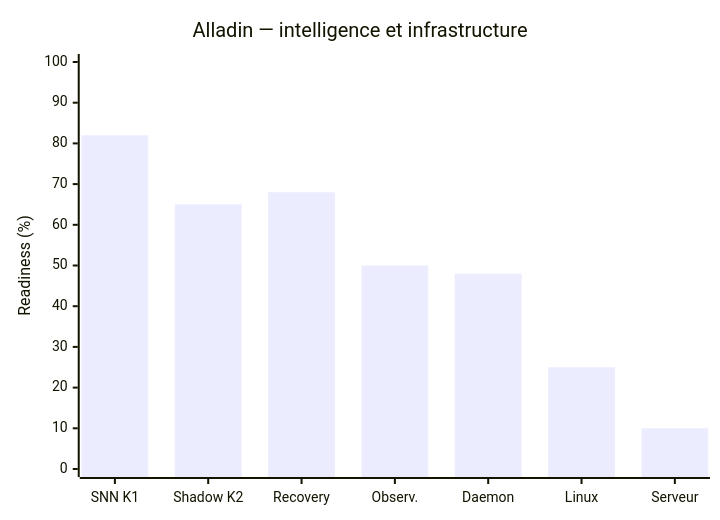
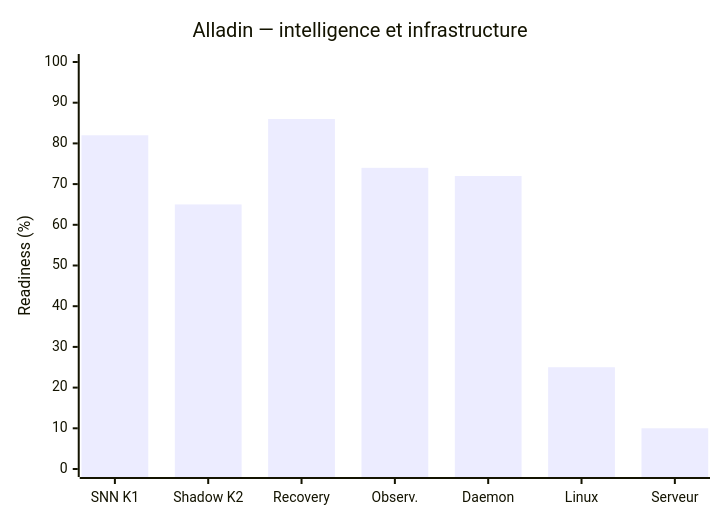
One commit to Monoru1/Alladin changed the second of 3 diagrams in docs/AUTONOMY_PROGRESS.md. Above: the diagram before and after it, drawn with Mermaid. The commit also changed other lines of this file, not shown here.

````diff
--- a/docs/AUTONOMY_PROGRESS.md
+++ b/docs/AUTONOMY_PROGRESS.md
@@ -75,7 +75,7 @@
 ```mermaid
 xychart-beta
     title "Alladin — intelligence et infrastructure"
     x-axis ["SNN K1", "Shadow K2", "Recovery", "Observ.", "Daemon", "Linux", "Serveur"]
     y-axis "Readiness (%)" 0 --> 100
-    bar [82, 65, 68, 50, 48, 25, 10]
+    bar [82, 65, 86, 74, 72, 25, 10]
 ```
````
